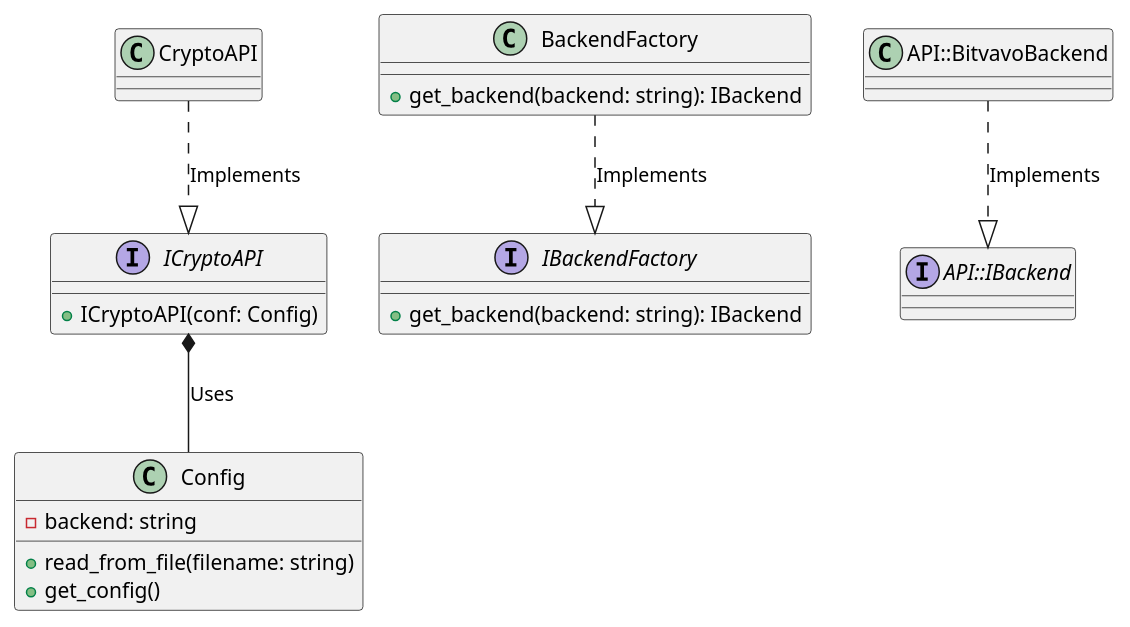
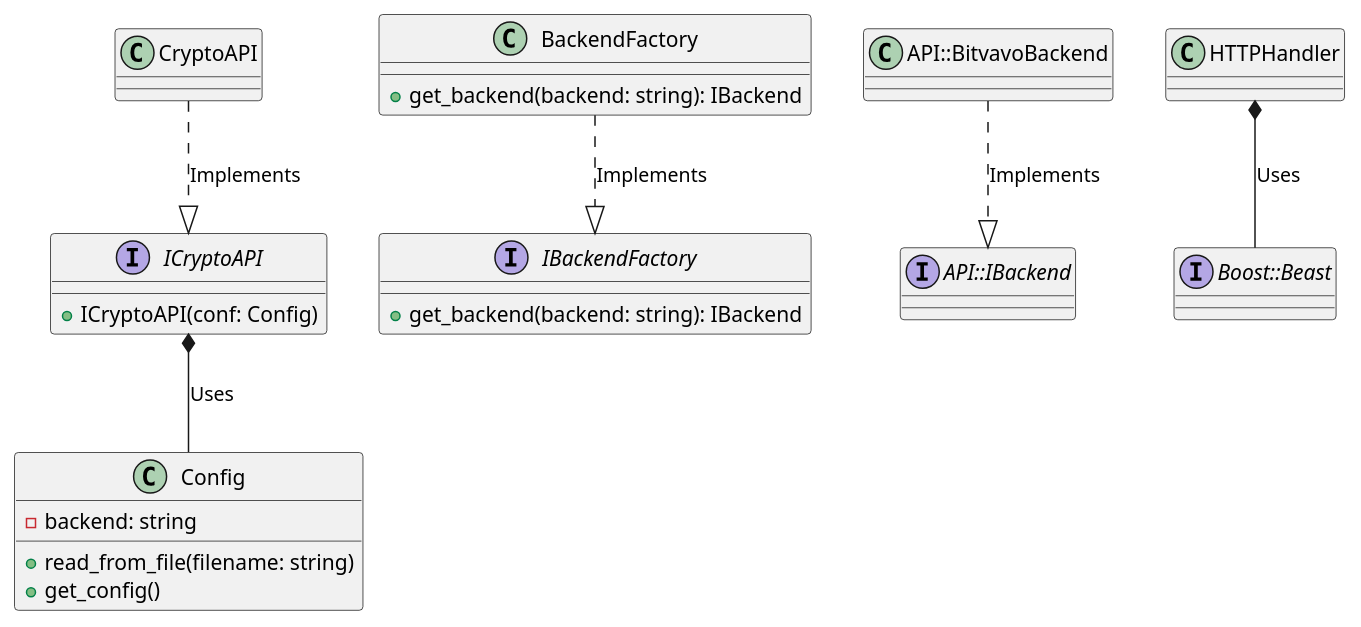
The diagram in README.org (jochemste/crypto_api_lib), drawn with PlantUML before and after one commit. The commit also changed 2 other files, not shown here.

Commit message:
Updated readme and gitignore

```diff
--- a/README.org
+++ b/README.org
@@ -11,40 +11,49 @@
 #+begin_src plantuml :file docs/images/classdiagram.png
   interface ICryptoAPI {
           + ICryptoAPI(conf: Config)
   }
 
   interface IBackendFactory {
           + get_backend(backend: string): IBackend
   }
 
   interface API::IBackend {
+  }
+
+  interface Boost::Beast {
+
   }
 
   class CryptoAPI {
   }
 
   class API::BitvavoBackend {
   }
 
   class BackendFactory {
           + get_backend(backend: string): IBackend
   }
 
   class Config {
           + read_from_file(filename: string)
           + get_config()
           - backend: string
   }
 
+  class HTTPHandler {
+
+  }
+
   /'
    ' Interface implementation relations
    '/
   CryptoAPI ..|> ICryptoAPI: Implements
   API::BitvavoBackend ..|> API::IBackend: Implements
   BackendFactory ..|> IBackendFactory: Implements
 
   /'
    ' Uses relations
    '/
   ICryptoAPI *-- Config: Uses
+  HTTPHandler *-- Boost::Beast: Uses
 #+end_src
```
